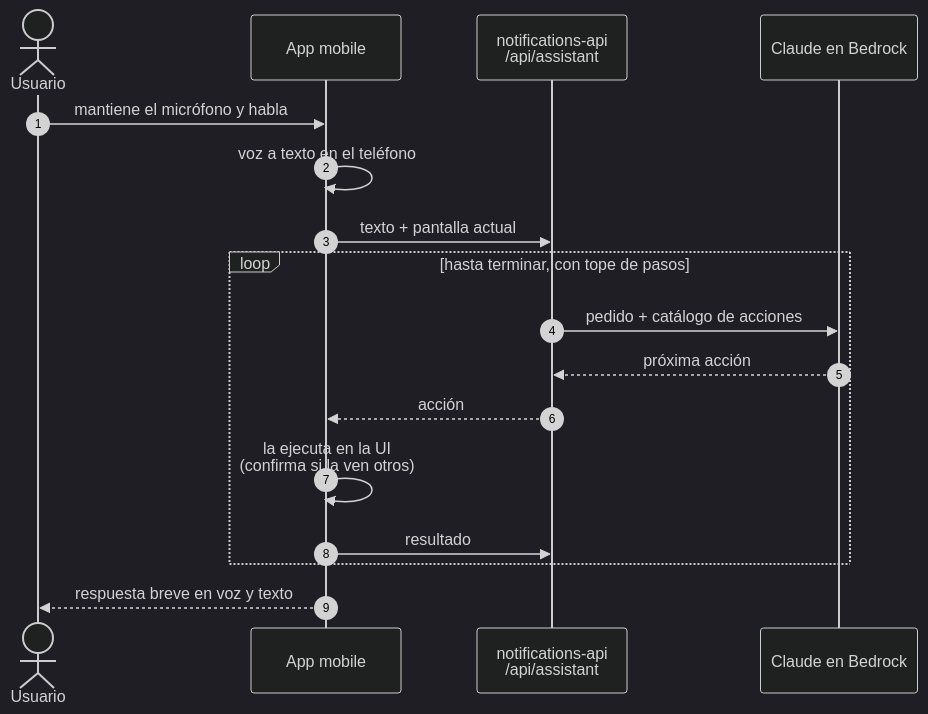
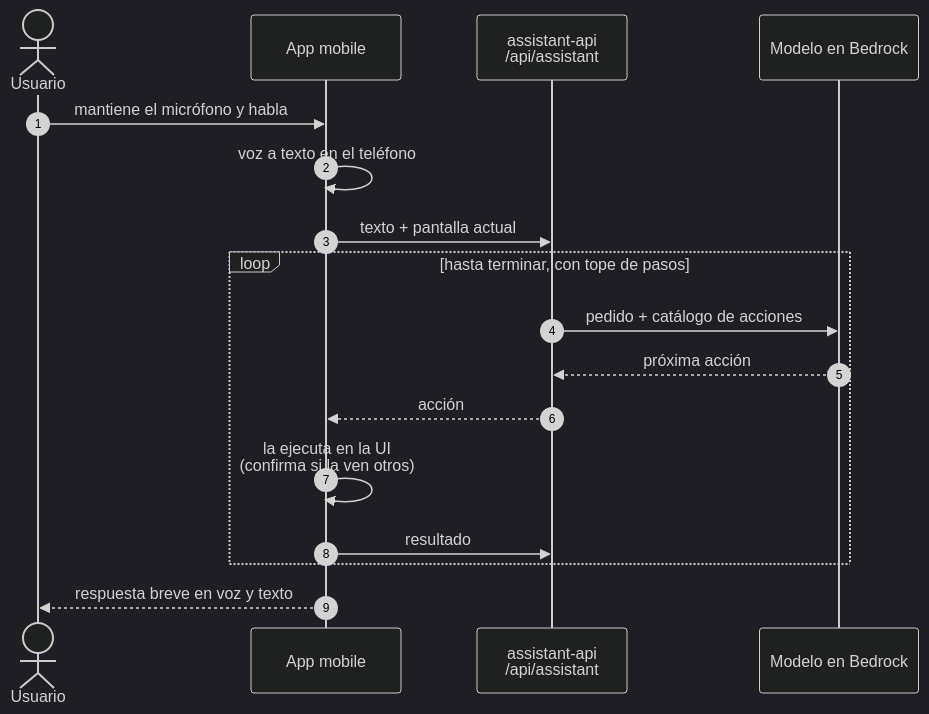
One commit to tds-g3-2s2026/udesa-x-platform changed the diagram in docs/PROPUESTAS-IA.md. Above: the diagram before and after it, drawn with Mermaid (dark theme). The commit also changed other lines of this file and 6 other files, not shown here.

````diff
--- a/docs/PROPUESTAS-IA.md
+++ b/docs/PROPUESTAS-IA.md
@@ -19,20 +19,20 @@
 ```mermaid
 sequenceDiagram
     autonumber
     actor USR as Usuario
     participant APP as App mobile
-    participant AST as notifications-api<br/>/api/assistant
-    participant LLM as Claude en Bedrock
+    participant AST as assistant-api<br/>/api/assistant
+    participant LLM as Modelo en Bedrock
 
     USR->>APP: mantiene el micrófono y habla
     APP->>APP: voz a texto en el teléfono
     APP->>AST: texto + pantalla actual
     loop hasta terminar, con tope de pasos
         AST->>LLM: pedido + catálogo de acciones
         LLM-->>AST: próxima acción
         AST-->>APP: acción
         APP->>APP: la ejecuta en la UI<br/>(confirma si la ven otros)
         APP->>AST: resultado
     end
     APP-->>USR: respuesta breve en voz y texto
 ```
````
